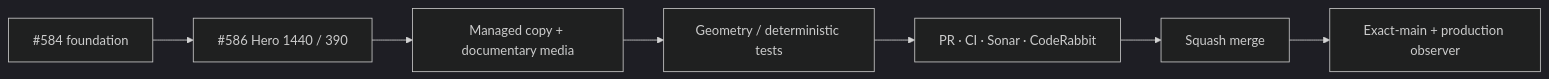
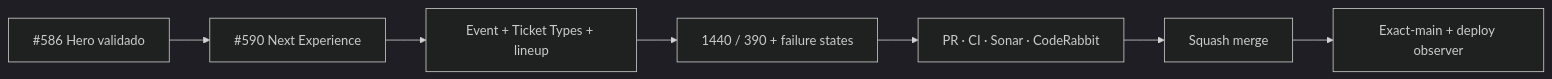
The diagram in README.md (pl0n3r/brvtal), drawn with Mermaid (dark theme) before and after one commit. The commit also changed other lines of this file and 9 other files, not shown here.

First line of the commit message:
design: authored Concept 05 Next Experience for desktop and mobile (v0.1.28) (#591)

````diff
--- a/README.md
+++ b/README.md
@@ -48,9 +48,9 @@
 ```mermaid
 flowchart LR
- F["#584 foundation"] --> H["#586 Hero 1440 / 390"]
- H --> D["Managed copy + documentary media"]
- D --> T["Geometry / deterministic tests"]
- T --> P["PR · CI · Sonar · CodeRabbit"]
+ H["#586 Hero validado"] --> E["#590 Next Experience"]
+ E --> D["Event + Ticket Types + lineup"]
+ D --> V["1440 / 390 + failure states"]
+ V --> P["PR · CI · Sonar · CodeRabbit"]
  P --> M["Squash merge"]
- M --> X["Exact-main + production observer"]
+ M --> X["Exact-main + deploy observer"]
 ```
````
